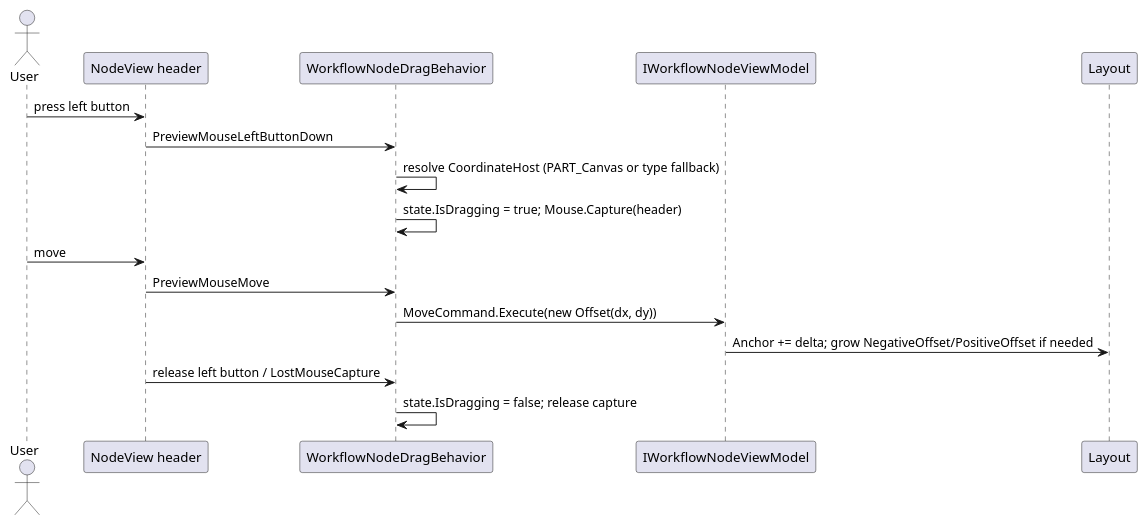
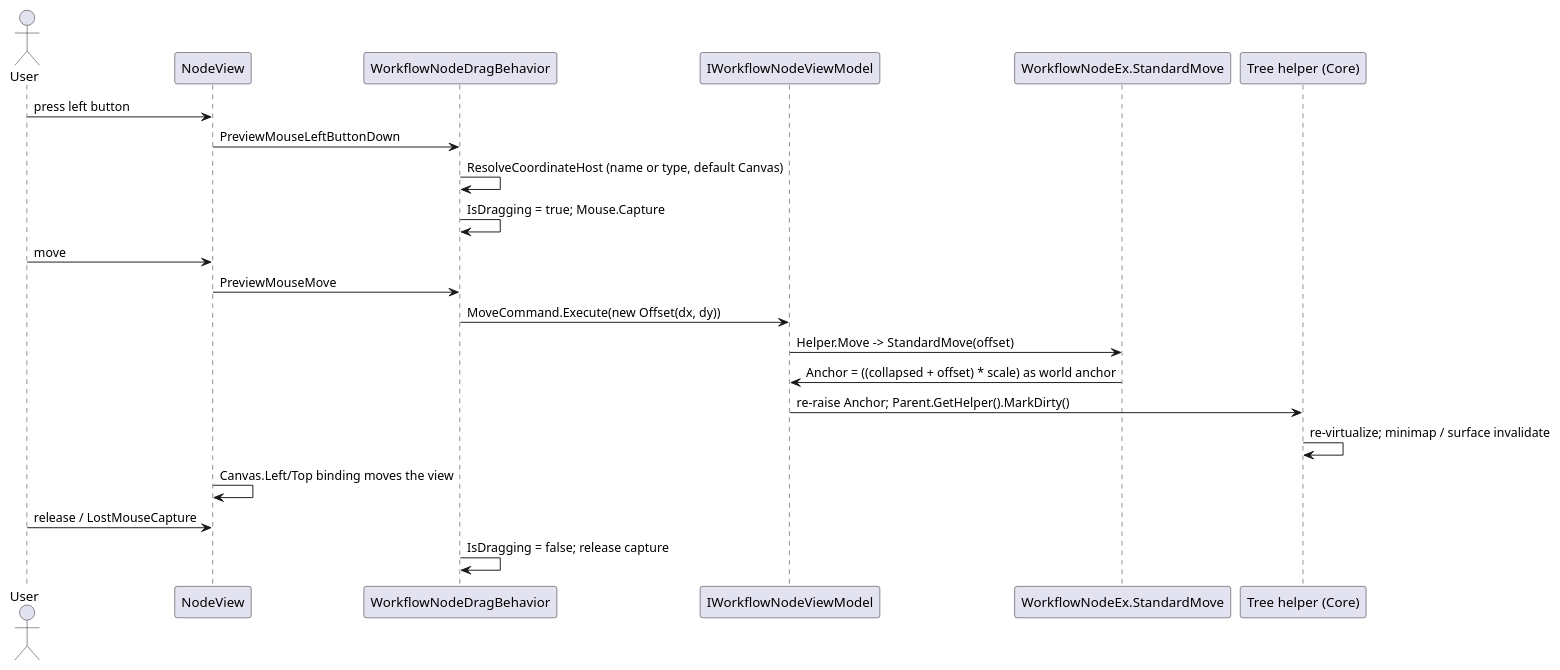
Before and after one commit to Axvser/VeloxDev.Docs: the fourth of 6 diagrams in src/CloudGlyph/Assets/Docs/content/en/3_SE_Analysis/03_data-flow/08_platform-adapters/index.md, drawn with PlantUML. The commit also changed other lines of this file and 443 other files, not shown here.

````diff
--- a/src/CloudGlyph/Assets/Docs/content/en/3_SE_Analysis/03_data-flow/08_platform-adapters/index.md
+++ b/src/CloudGlyph/Assets/Docs/content/en/3_SE_Analysis/03_data-flow/08_platform-adapters/index.md
@@ -40,20 +101,25 @@
 ```plantuml
 @startuml
 actor User
-participant "NodeView header" as N
+participant "NodeView" as NV
 participant "WorkflowNodeDragBehavior" as D
 participant "IWorkflowNodeViewModel" as VM
-participant "Layout" as L
+participant "WorkflowNodeEx.StandardMove" as SM
+participant "Tree helper (Core)" as H
 
-User -> N : press left button
-N -> D : PreviewMouseLeftButtonDown
-D -> D : resolve CoordinateHost (PART_Canvas or type fallback)
-D -> D : state.IsDragging = true; Mouse.Capture(header)
-User -> N : move
-N -> D : PreviewMouseMove
+User -> NV : press left button
+NV -> D : PreviewMouseLeftButtonDown
+D -> D : ResolveCoordinateHost (name or type, default Canvas)
+D -> D : IsDragging = true; Mouse.Capture
+User -> NV : move
+NV -> D : PreviewMouseMove
 D -> VM : MoveCommand.Execute(new Offset(dx, dy))
-VM -> L : Anchor += delta; grow NegativeOffset/PositiveOffset if needed
-N -> D : release left button / LostMouseCapture
-D -> D : state.IsDragging = false; release capture
+VM -> SM : Helper.Move -> StandardMove(offset)
+SM -> VM : Anchor = ((collapsed + offset) * scale) as world anchor
+VM -> H : re-raise Anchor; Parent.GetHelper().MarkDirty()
+H -> H : re-virtualize; minimap / surface invalidate
+NV -> NV : Canvas.Left/Top binding moves the view
+User -> NV : release / LostMouseCapture
+D -> D : IsDragging = false; release capture
 @enduml
 ```
````
